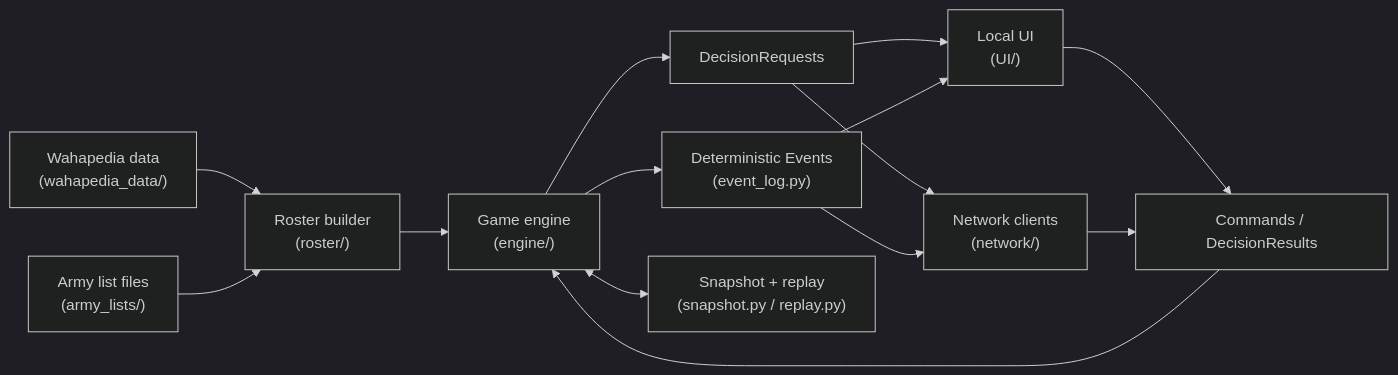
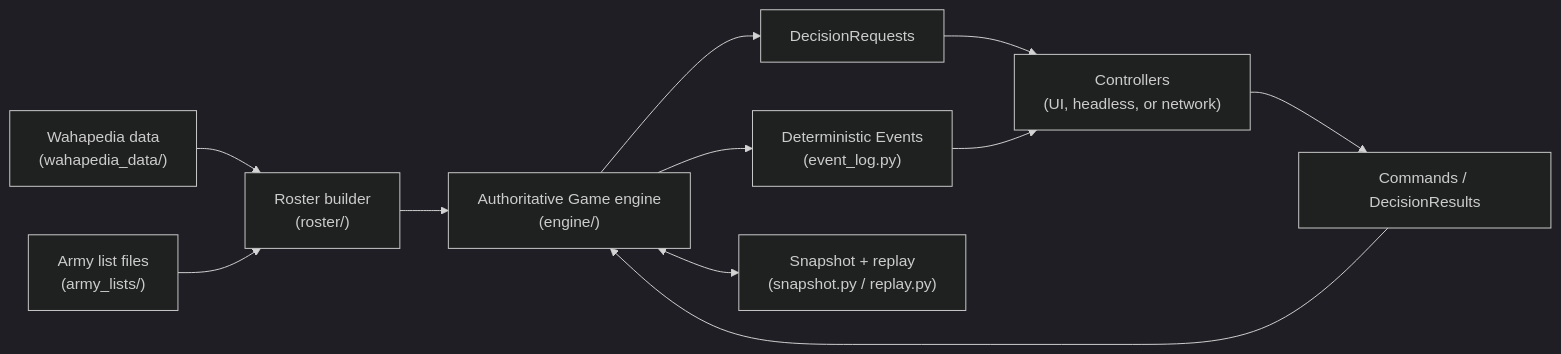
One commit to SobolGaming/Warhammer40k_AI changed the first of 5 diagrams in docs/ARCHITECTURE.md. Above: the diagram before and after it, drawn with Mermaid (dark theme). The commit also changed other lines of this file and 1 other file, not shown here.

Commit message:
Updated architecture drawing

````diff
--- a/docs/ARCHITECTURE.md
+++ b/docs/ARCHITECTURE.md
@@ -33,20 +35,16 @@
 ```mermaid
 flowchart LR
   Data["Wahapedia data<br/>(wahapedia_data/)"] --> Roster["Roster builder<br/>(roster/)"]
   Army["Army list files<br/>(army_lists/)"] --> Roster
-  Roster --> Engine["Game engine<br/>(engine/)"]
+  Roster --> Engine["Authoritative Game engine<br/>(engine/)"]
 
-  Engine --> Decisions[DecisionRequests]
-  Decisions --> LocalUI["Local UI<br/>(UI/)"]
-  Decisions --> Clients["Network clients<br/>(network/)"]
-
-  LocalUI --> Commands[Commands / DecisionResults]
-  Clients --> Commands
+  Engine --> Decisions["DecisionRequests"]
+  Decisions --> Controllers["Controllers<br/>(UI, headless, or network)"]
+  Controllers --> Commands["Commands / DecisionResults"]
   Commands --> Engine
 
   Engine --> Events["Deterministic Events<br/>(event_log.py)"]
-  Events --> LocalUI
-  Events --> Clients
+  Events --> Controllers
 
   Engine <--> Snapshot["Snapshot + replay<br/>(snapshot.py / replay.py)"]
 ```
````
